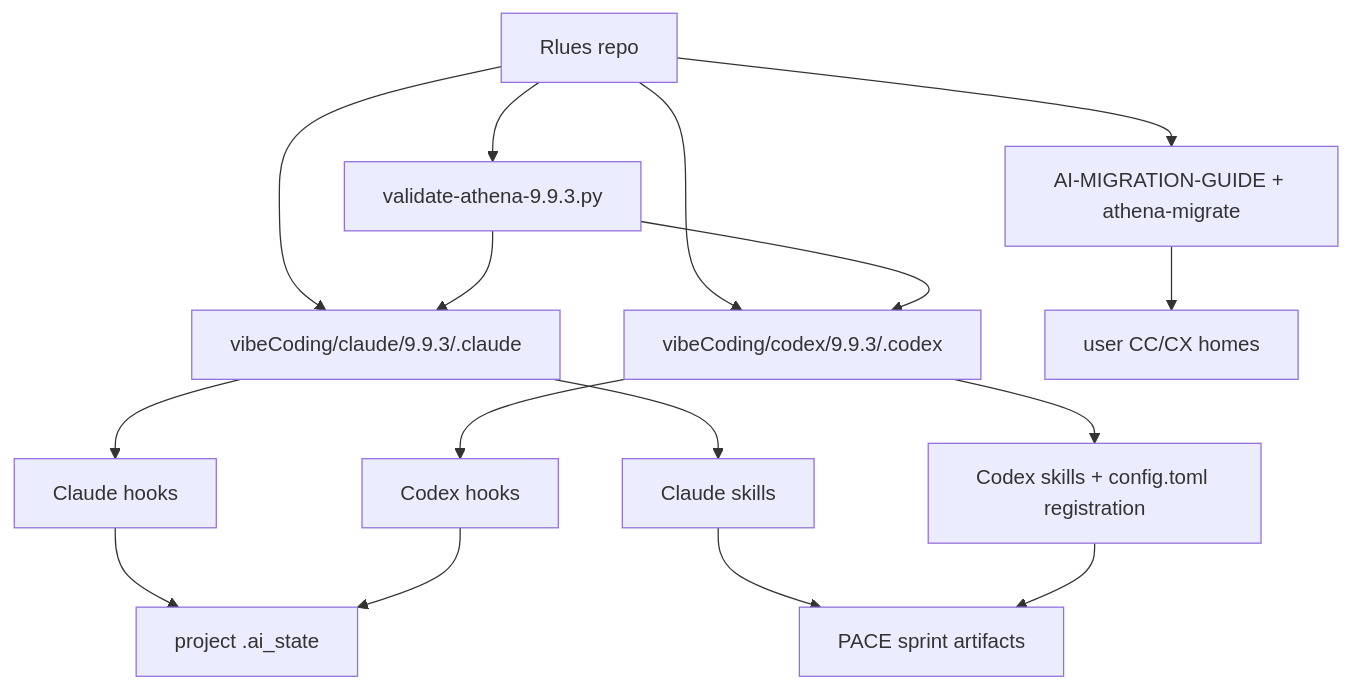
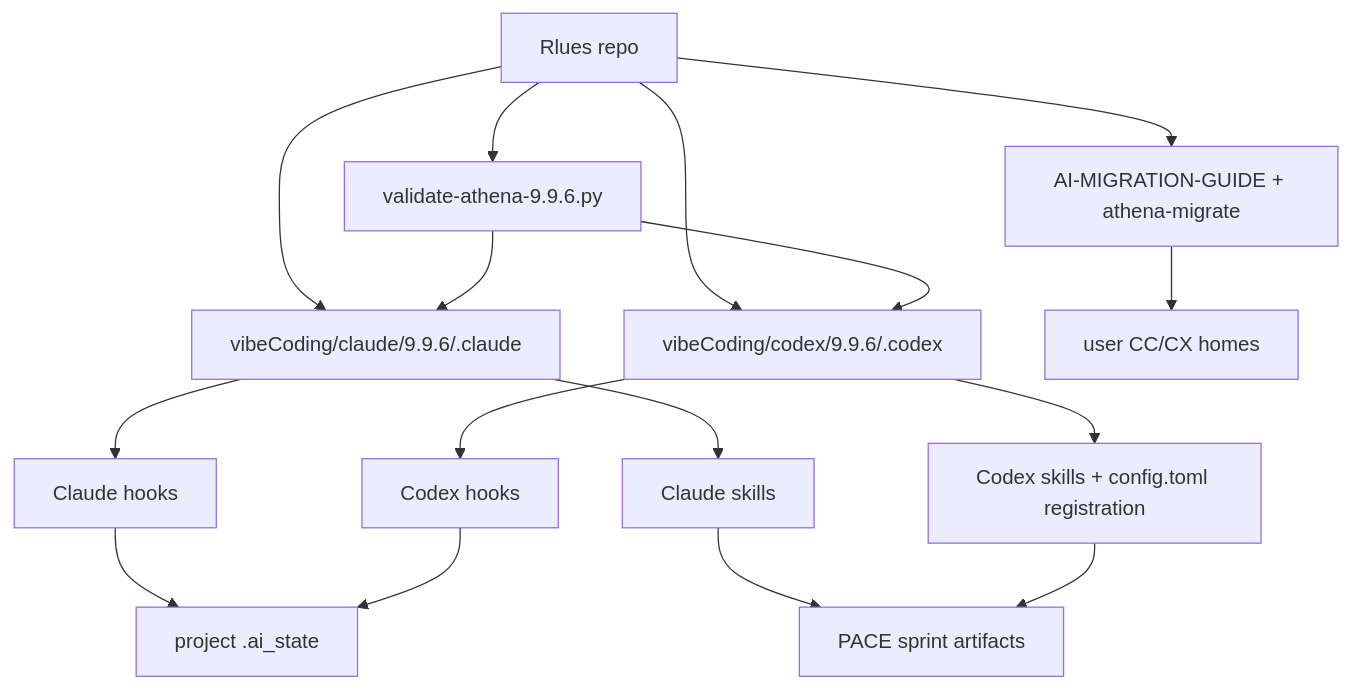
One commit to WenJunDuan/Rlues changed the first of 2 diagrams in .ai_state/architecture/ARCHITECTURE.md. Above: the diagram before and after it, drawn with Mermaid. The commit also changed other lines of this file and 65 other files, not shown here.

````diff
--- a/.ai_state/architecture/ARCHITECTURE.md
+++ b/.ai_state/architecture/ARCHITECTURE.md
@@ -28,18 +28,18 @@
 ```mermaid
 graph TD
-    Repo["Rlues repo"] --> ClaudePkg["vibeCoding/claude/9.9.3/.claude"]
-    Repo --> CodexPkg["vibeCoding/codex/9.9.3/.codex"]
-    Repo --> Validator["validate-athena-9.9.3.py"]
+    Repo["Rlues repo"] --> ClaudePkg["vibeCoding/claude/9.9.6/.claude"]
+    Repo --> CodexPkg["vibeCoding/codex/9.9.6/.codex"]
+    Repo --> Validator["validate-athena-9.9.6.py"]
     Repo --> Migration["AI-MIGRATION-GUIDE + athena-migrate"]
     ClaudePkg --> CCHooks["Claude hooks"]
     CodexPkg --> CXHooks["Codex hooks"]
     ClaudePkg --> CCSkills["Claude skills"]
     CodexPkg --> CXSkills["Codex skills + config.toml registration"]
     CCHooks --> AIState["project .ai_state"]
     CXHooks --> AIState
     CCSkills --> Sprint["PACE sprint artifacts"]
     CXSkills --> Sprint
     Validator --> ClaudePkg
     Validator --> CodexPkg
     Migration --> UserHome["user CC/CX homes"]
 ```
````
